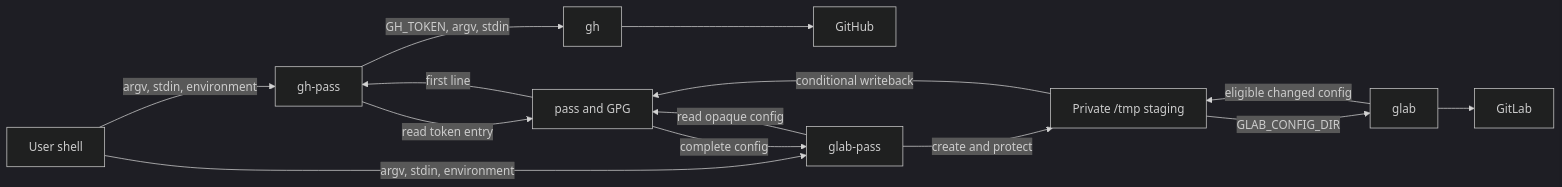
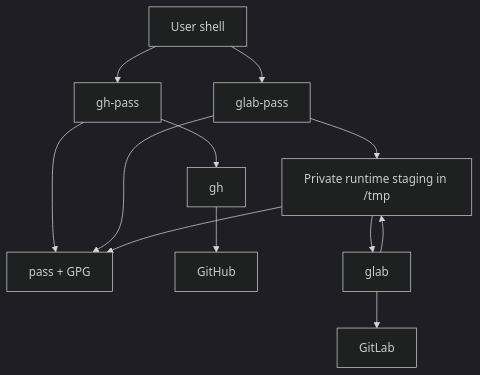
The first of 3 diagrams in README.md (JeffreyCordova/forge-cli-pass), drawn with Mermaid (dark theme) before and after one commit. The commit also changed other lines of this file, not shown here.

First line of the commit message:
docs: improve architecture diagram readability (#7)

````diff
--- a/README.md
+++ b/README.md
@@ -130,29 +140,28 @@
 ```mermaid
-flowchart LR
+flowchart TB
     S[User shell]
-    P[pass and GPG]
+    P[pass + GPG]
 
     GHP[gh-pass]
     GH[gh]
     GHS[GitHub]
 
     GLP[glab-pass]
-    T[Private /tmp staging]
+    T[Private runtime staging in /tmp]
     GL[glab]
     GLS[GitLab]
 
-    S -->|argv, stdin, environment| GHP
-    GHP -->|read token entry| P
-    P -->|first line| GHP
-    GHP -->|GH_TOKEN, argv, stdin| GH
+    S --> GHP
+    S --> GLP
+
+    GHP --> P
+    GHP --> GH
     GH --> GHS
 
-    S -->|argv, stdin, environment| GLP
-    GLP -->|read opaque config| P
-    P -->|complete config| GLP
-    GLP -->|create and protect| T
-    T -->|GLAB_CONFIG_DIR| GL
+    GLP --> P
+    GLP --> T
+    T --> GL
     GL --> GLS
-    GL -->|eligible changed config| T
-    T -->|conditional writeback| P
+    GL --> T
+    T --> P
 ```
````
